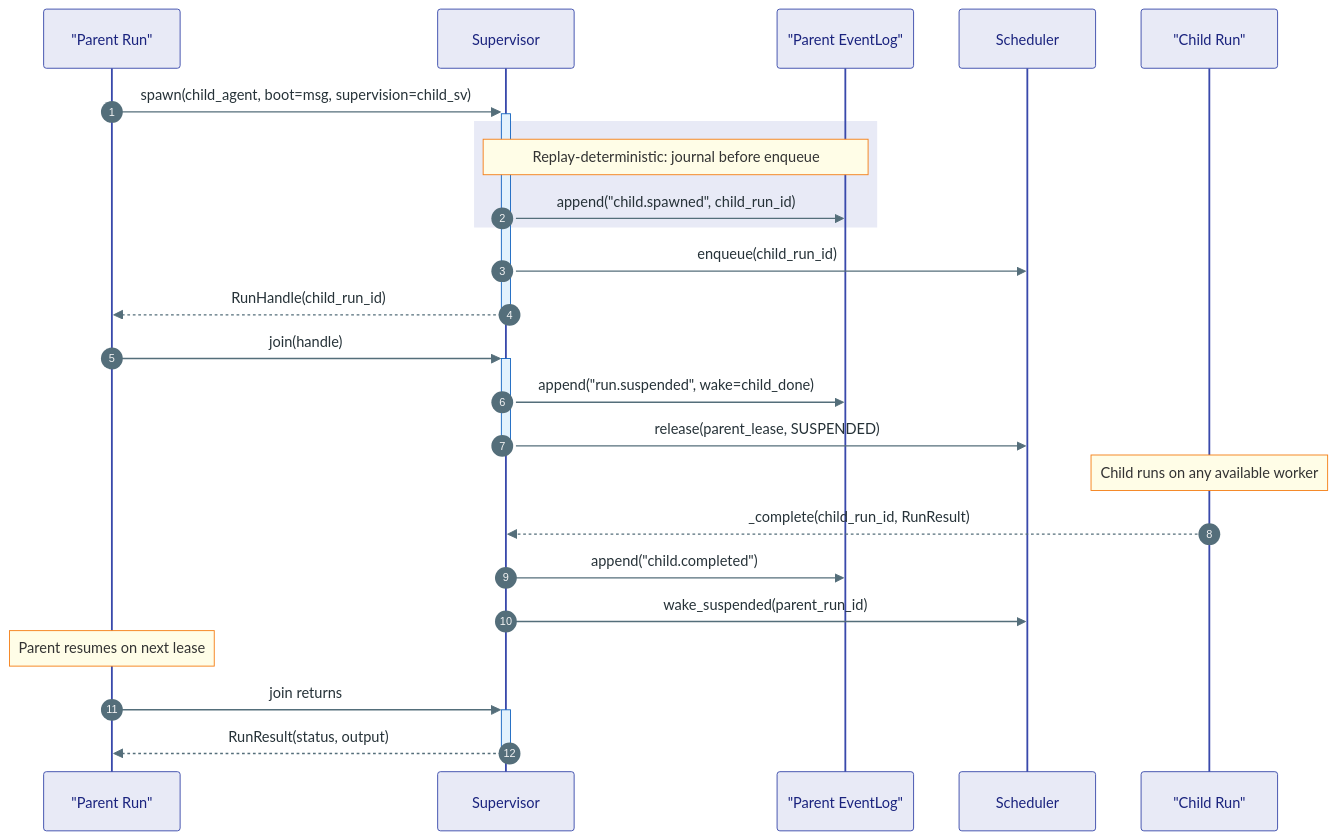
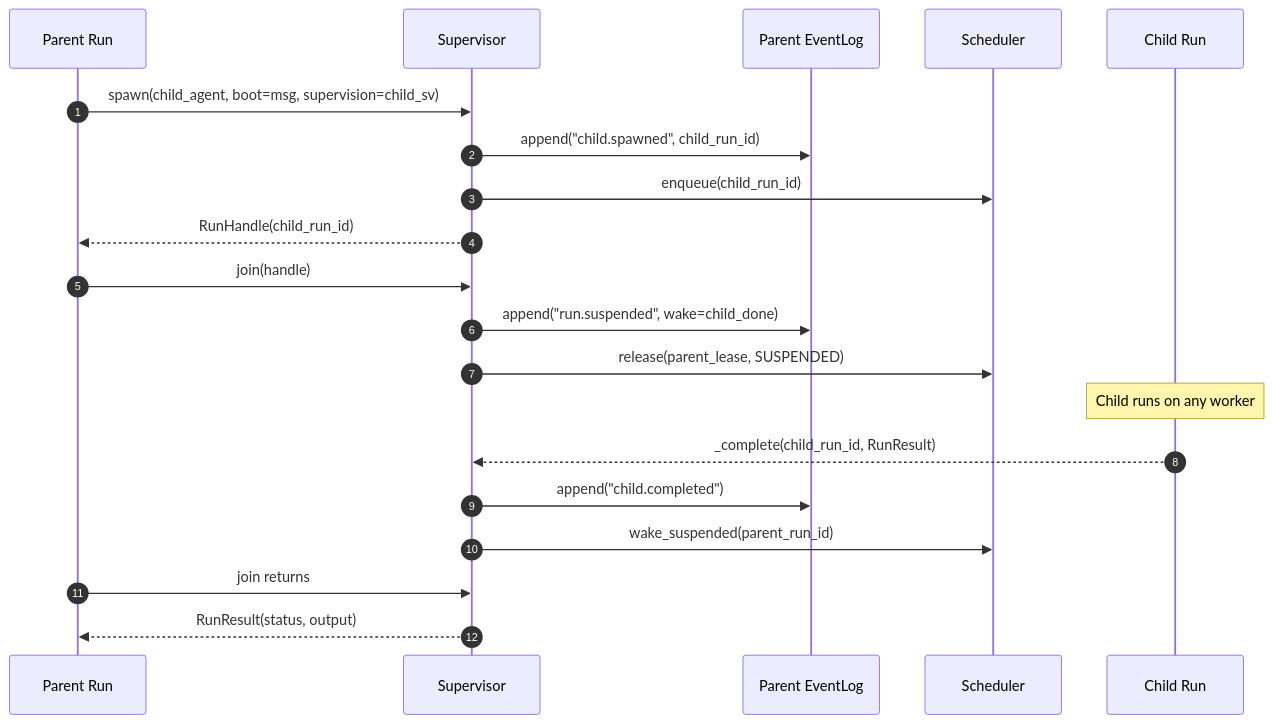
The fourth of 5 diagrams in agents/agent-substrate/docs/kernel/07-runtime.md (Ravikumarchavva/agent-substrate), drawn with Mermaid before and after one commit. The commit also changed other lines of this file and 11 other files, not shown here.

Commit message:
docs: refactor architecture documentation and update diagrams across the kernel module.

````diff
--- a/agents/agent-substrate/docs/kernel/07-runtime.md
+++ b/agents/agent-substrate/docs/kernel/07-runtime.md
@@ -265,34 +183,26 @@
 ```mermaid
-%%{init: {'theme': 'base', 'themeVariables': {'actorBkg': '#E8EAF6','actorBorder': '#3949AB','actorTextColor': '#1A237E','activationBkgColor': '#E3F2FD','activationBorderColor': '#1565C0','noteBkgColor': '#FFFDE7','noteBorderColor': '#F57F17','signalColor': '#546E7A','signalTextColor': '#263238','fontSize': '13px'}}}%%
 sequenceDiagram
     autonumber
-    participant Parent as "Parent Run"
+    participant Parent as Parent Run
     participant Supervisor
-    participant ParentLog as "Parent EventLog"
+    participant ParentLog as Parent EventLog
     participant Scheduler
-    participant Child as "Child Run"
+    participant Child as Child Run
 
-    Parent->>+Supervisor: spawn(child_agent, boot=msg, supervision=child_sv)
+    Parent->>Supervisor: spawn(child_agent, boot=msg, supervision=child_sv)
+    Supervisor->>ParentLog: append("child.spawned", child_run_id)
+    Supervisor->>Scheduler: enqueue(child_run_id)
+    Supervisor-->>Parent: RunHandle(child_run_id)
 
-    rect rgb(232, 234, 246)
-        note over Supervisor,ParentLog: Replay-deterministic: journal before enqueue
-        Supervisor->>ParentLog: append("child.spawned", child_run_id)
-    end
+    Parent->>Supervisor: join(handle)
+    Supervisor->>ParentLog: append("run.suspended", wake=child_done)
+    Supervisor->>Scheduler: release(parent_lease, SUSPENDED)
 
-    Supervisor->>Scheduler: enqueue(child_run_id)
-    Supervisor-->>-Parent: RunHandle(child_run_id)
-
-    Parent->>+Supervisor: join(handle)
-    Supervisor->>ParentLog: append("run.suspended", wake=child_done)
-    Supervisor->>-Scheduler: release(parent_lease, SUSPENDED)
-
-    note over Child: Child runs on any available worker
-
+    note over Child: Child runs on any worker
     Child-->>Supervisor: _complete(child_run_id, RunResult)
     Supervisor->>ParentLog: append("child.completed")
     Supervisor->>Scheduler: wake_suspended(parent_run_id)
 
-    note over Parent: Parent resumes on next lease
-    Parent->>+Supervisor: join returns
-    Supervisor-->>-Parent: RunResult(status, output)
+    Parent->>Supervisor: join returns
+    Supervisor-->>Parent: RunResult(status, output)
 ```
````
